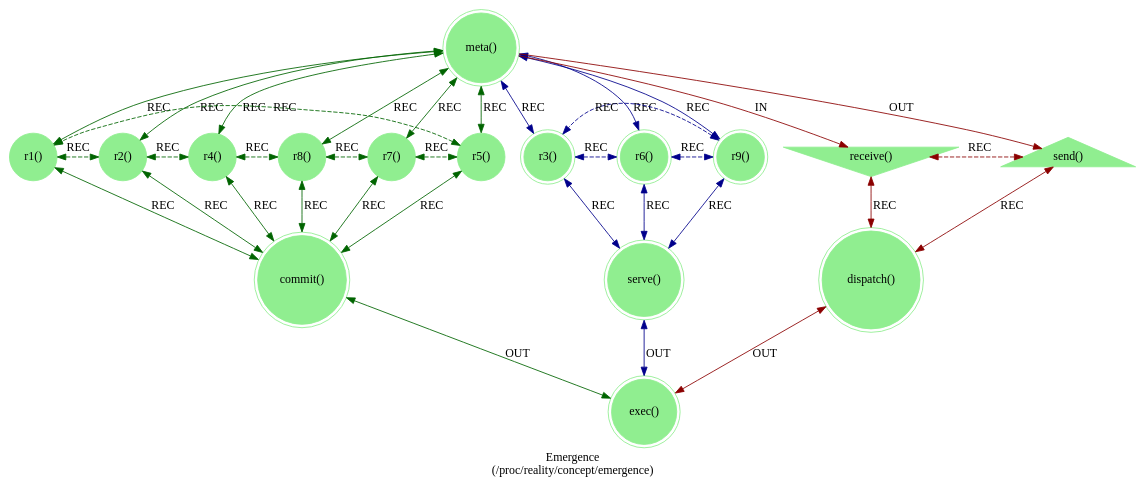
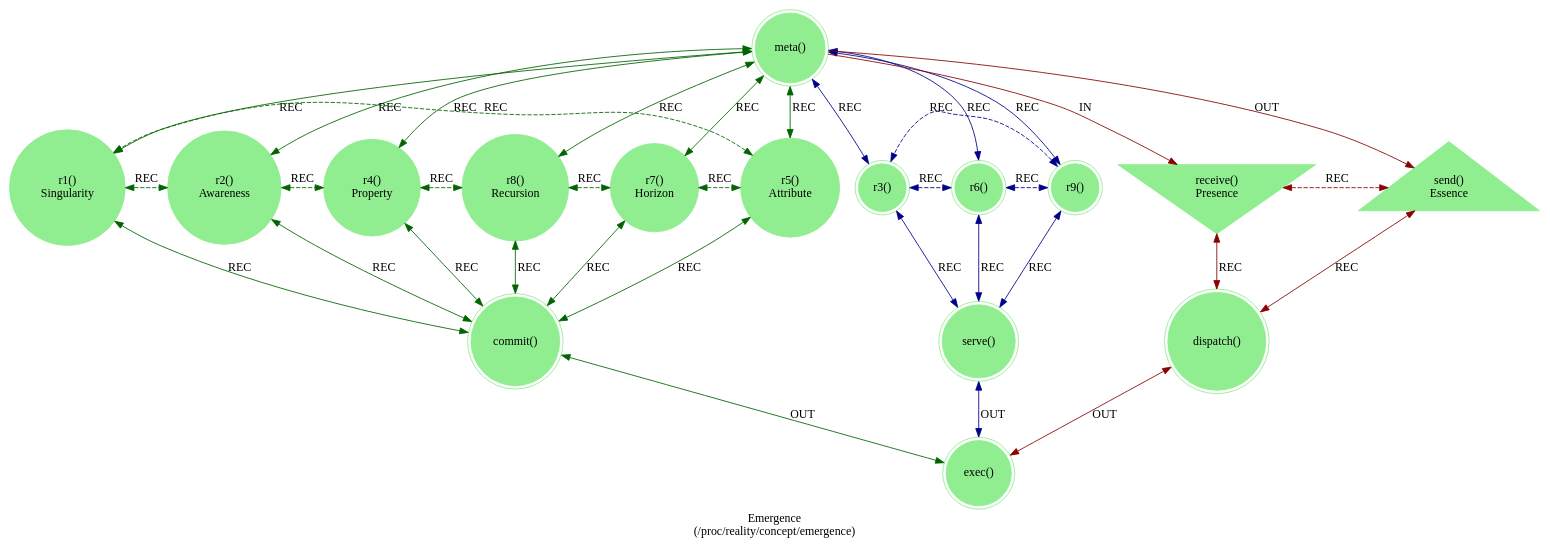
The diagram in src/includes/concept/emergent.dot (cilang/mythos), drawn with Graphviz before and after one commit. The commit also changed 7 other files, not shown here.

```diff
--- a/src/includes/concept/emergent.dot
+++ b/src/includes/concept/emergent.dot
@@ -1,48 +1,48 @@
 strict digraph Emergence {
     label = "Emergence\n(/proc/reality/concept/emergence)";
     style = filled;
     color = lightgray;
     node [shape = circle; style = filled; color = lightgreen;];
     
     // The Axis A-0-B (In-Meta-Out).
     // The Sacred 3-6-9 (Boundary of Perception).
     // The Vortex 1-2-4-8-7-5 (Boundary of Comprehension).
     // The Router C-D-E
     // The Closure F
     spark_0_t [label = "meta()";comment = "";shape = doublecircle;];
-    spark_1_t [label = "r1()";comment = "";shape = circle;];
-    spark_2_t [label = "r2()";comment = "";shape = circle;];
-    spark_4_t [label = "r4()";comment = "";shape = circle;];
-    spark_8_t [label = "r8()";comment = "";shape = circle;];
-    spark_7_t [label = "r7()";comment = "";shape = circle;];
-    spark_5_t [label = "r5()";comment = "";shape = circle;];
-    spark_3_t [label = "r3()";comment = "Essence and Presence";shape = doublecircle;];
-    spark_6_t [label = "r6()";comment = "Horizon and Awareness";shape = doublecircle;];
-    spark_9_t [label = "r9()";comment = "Attribute and Property";shape = doublecircle;];
-    spark_a_t [label = "receive()";comment = "Essence";shape = invtriangle;];
-    spark_b_t [label = "send()";comment = "Presence";shape = triangle;];
+    spark_1_t [label = "r1()\nSingularity";comment = "";shape = circle;];
+    spark_2_t [label = "r2()\nAwareness";comment = "";shape = circle;];
+    spark_4_t [label = "r4()\nProperty";comment = "";shape = circle;];
+    spark_8_t [label = "r8()\nRecursion";comment = "";shape = circle;];
+    spark_7_t [label = "r7()\nHorizon";comment = "";shape = circle;];
+    spark_5_t [label = "r5()\nAttribute";comment = "";shape = circle;];
+    spark_3_t [label = "r3()";comment = "";shape = doublecircle;];
+    spark_6_t [label = "r6()";comment = "";shape = doublecircle;];
+    spark_9_t [label = "r9()";comment = "";shape = doublecircle;];
+    spark_a_t [label = "receive()\nPresence";comment = "";shape = invtriangle;];
+    spark_b_t [label = "send()\nEssence";comment = "";shape = triangle;];
     spark_c_t [label = "dispatch()";comment = "";shape = doublecircle;];
     spark_d_t [label = "commit()";comment = "";shape = doublecircle;];
     spark_e_t [label = "serve()";comment = "";shape = doublecircle;];
     spark_f_t [label = "exec()";comment = "";shape = doublecircle;];
     
     // IN = Input
     // OUT = Output
     // REC = Recursion
     spark_0_t -> spark_a_t [label = "IN"; color = darkred; comment = "";];
     spark_0_t -> spark_b_t [label = "OUT"; color = darkred; comment = "";];
     spark_0_t -> {spark_3_t spark_6_t spark_9_t} [label = "REC"; color = darkblue; comment = ""; dir = both;];
     spark_0_t -> {spark_1_t spark_2_t spark_4_t spark_8_t spark_7_t spark_5_t} [label = "REC"; color = darkgreen; comment = ""; dir = both;];
     
     {spark_a_t spark_b_t} -> spark_c_t [label = "REC"; color = darkred; comment = ""; dir = both;];
     {spark_1_t spark_2_t spark_4_t spark_8_t spark_7_t spark_5_t} -> spark_d_t [label = "REC"; color = darkgreen; comment = ""; dir = both;];
     {spark_3_t spark_6_t spark_9_t} -> spark_e_t [label = "REC"; color = darkblue; comment = ""; dir = both;];
     
     spark_1_t -> spark_2_t -> spark_4_t -> spark_8_t -> spark_7_t -> spark_5_t -> spark_1_t [label = "REC"; color = darkgreen; comment = ""; style = dashed; constraint = false; dir = both;];
     spark_3_t -> spark_6_t -> spark_9_t -> spark_3_t [label = "REC"; color = darkblue; comment = ""; style = dashed; constraint = false; dir = both;];
     spark_a_t -> spark_b_t [label = "REC"; color = darkred; comment = ""; constraint = false; style = dashed; dir = both;];
     
     spark_c_t -> spark_f_t [label = "OUT"; color = darkred; comment = ""; dir = both;];
     spark_d_t -> spark_f_t [label = "OUT"; color = darkgreen; comment = ""; dir = both;];
     spark_e_t -> spark_f_t [label = "OUT"; color = darkblue; comment = ""; dir = both;];
 }
```
